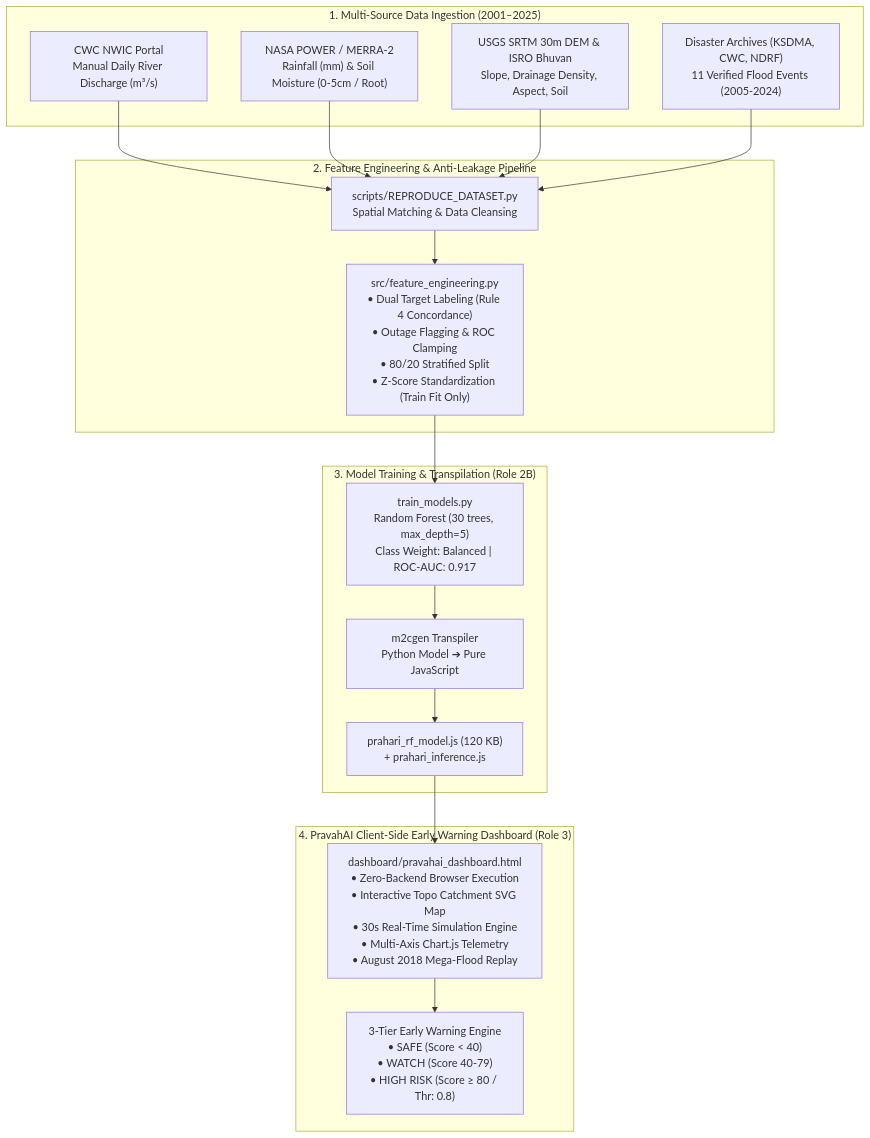
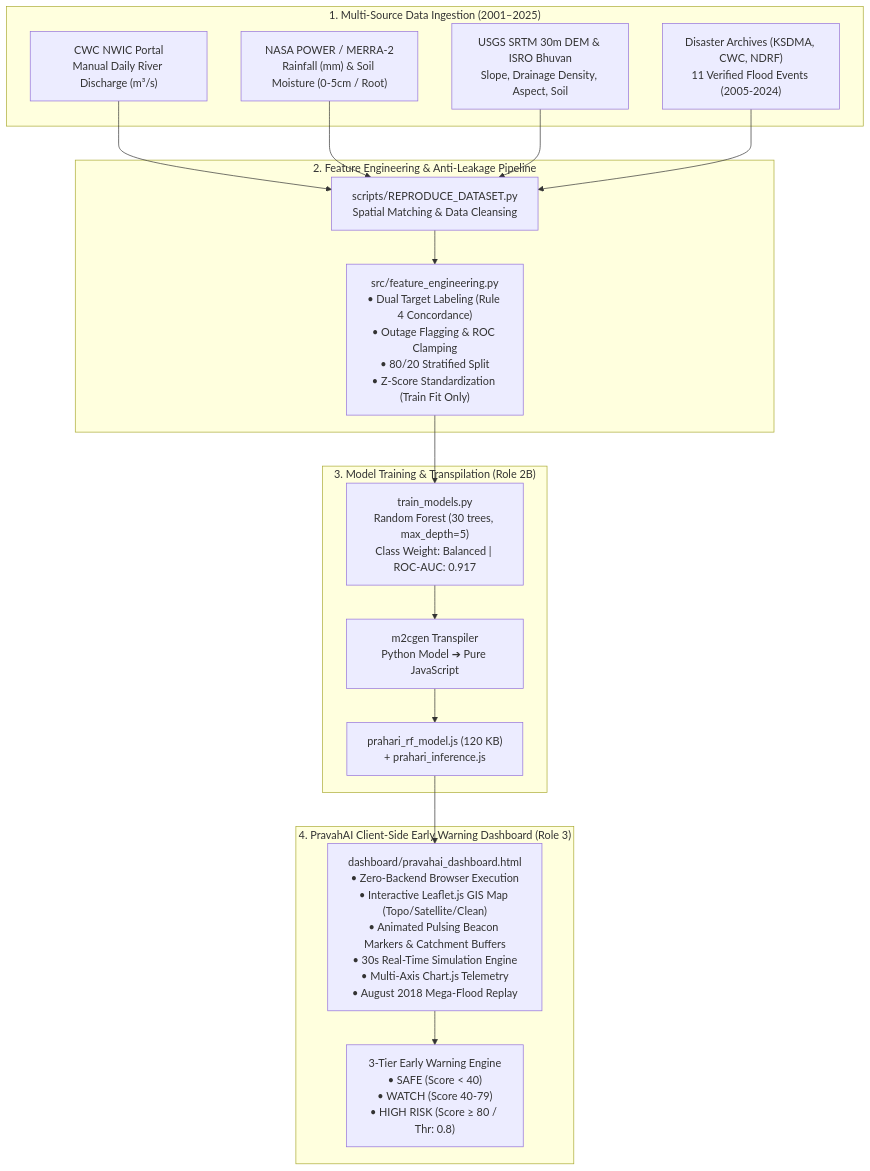
The diagram in README.md (nikunjmundhra/FlashFlood_SIH), drawn with Mermaid before and after one commit. The commit also changed other lines of this file and 2 other files, not shown here.

````diff
--- a/README.md
+++ b/README.md
@@ -81,36 +81,36 @@
 ```mermaid
 flowchart TD
     subgraph DataIngestion ["1. Multi-Source Data Ingestion (2001–2025)"]
         cwc["CWC NWIC Portal<br/>Manual Daily River Discharge (m³/s)"]
         nasa["NASA POWER / MERRA-2<br/>Rainfall (mm) & Soil Moisture (0-5cm / Root)"]
         srtm["USGS SRTM 30m DEM & ISRO Bhuvan<br/>Slope, Drainage Density, Aspect, Soil"]
         ksdma["Disaster Archives (KSDMA, CWC, NDRF)<br/>11 Verified Flood Events (2005-2024)"]
     end
 
     subgraph DataEngineering ["2. Feature Engineering & Anti-Leakage Pipeline"]
         clean["scripts/REPRODUCE_DATASET.py<br/>Spatial Matching & Data Cleansing"]
         feat["src/feature_engineering.py<br/>• Dual Target Labeling (Rule 4 Concordance)<br/>• Outage Flagging & ROC Clamping<br/>• 80/20 Stratified Split<br/>• Z-Score Standardization (Train Fit Only)"]
     end
 
     subgraph ModelTraining ["3. Model Training & Transpilation (Role 2B)"]
         train["train_models.py<br/>Random Forest (30 trees, max_depth=5)<br/>Class Weight: Balanced | ROC-AUC: 0.917"]
         m2cgen["m2cgen Transpiler<br/>Python Model ➔ Pure JavaScript"]
         jsmodel["prahari_rf_model.js (120 KB)<br/>+ prahari_inference.js"]
     end
 
     subgraph OperationalDashboard ["4. PravahAI Client-Side Early Warning Dashboard (Role 3)"]
-        dash["dashboard/pravahai_dashboard.html<br/>• Zero-Backend Browser Execution<br/>• Interactive Topo Catchment SVG Map<br/>• 30s Real-Time Simulation Engine<br/>• Multi-Axis Chart.js Telemetry<br/>• August 2018 Mega-Flood Replay"]
+        dash["dashboard/pravahai_dashboard.html<br/>• Zero-Backend Browser Execution<br/>• Interactive Leaflet.js GIS Map (Topo/Satellite/Clean)<br/>• Animated Pulsing Beacon Markers & Catchment Buffers<br/>• 30s Real-Time Simulation Engine<br/>• Multi-Axis Chart.js Telemetry<br/>• August 2018 Mega-Flood Replay"]
         alert["3-Tier Early Warning Engine<br/>• SAFE (Score < 40)<br/>• WATCH (Score 40-79)<br/>• HIGH RISK (Score ≥ 80 / Thr: 0.8)"]
     end
 
     cwc --> clean
     nasa --> clean
     srtm --> clean
     ksdma --> clean
     clean --> feat
     feat --> train
     train --> m2cgen
     m2cgen --> jsmodel
     jsmodel --> dash
     dash --> alert
 ```
````
